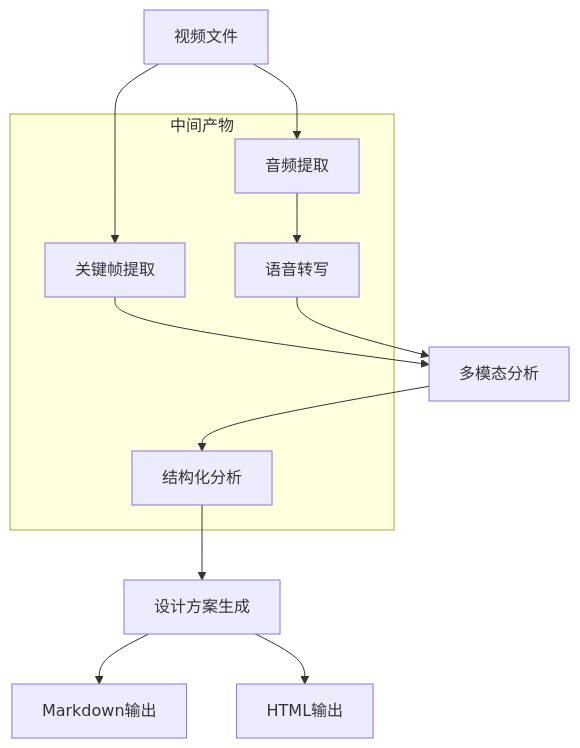
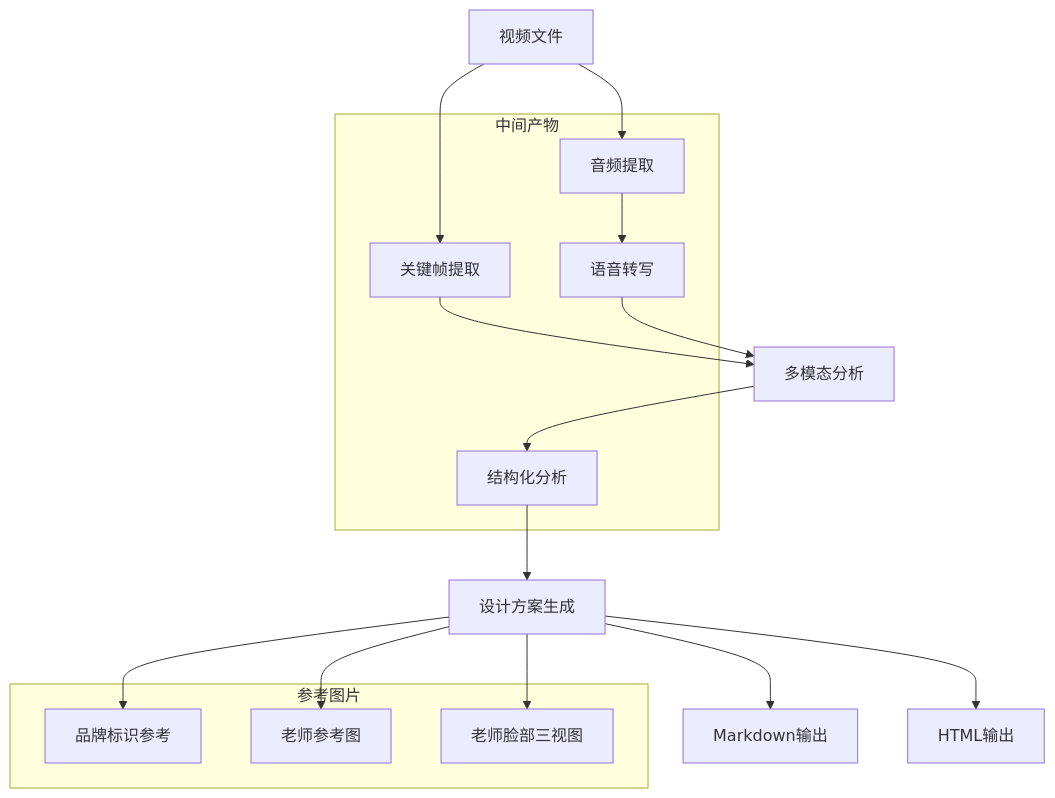
Before and after one commit to WongMingJiu/landingpage-test-hero-page: the third of 9 diagrams in .qoder/repowiki/zh/content/核心模块详解/方案生成模块.md, drawn with Mermaid. The commit also changed other lines of this file and 6 other files, not shown here.

````diff
--- a/.qoder/repowiki/zh/content/核心模块详解/方案生成模块.md
+++ b/.qoder/repowiki/zh/content/核心模块详解/方案生成模块.md
@@ -146,18 +165,26 @@
 ```mermaid
 flowchart TD
 Video[视频文件] --> Frames[关键帧提取]
 Video --> Audio[音频提取]
 Audio --> Transcript[语音转写]
 Frames --> MultiModal[多模态分析]
 Transcript --> MultiModal
 MultiModal --> Analysis[结构化分析]
 Analysis --> Design[设计方案生成]
 Design --> Markdown[Markdown输出]
 Design --> HTML[HTML输出]
 subgraph "中间产物"
 Frames
 Audio
 Transcript
 Analysis
 end
+subgraph "参考图片"
+BrandRef[品牌标识参考]
+TeacherRef[老师参考图]
+FaceRefs[老师脸部三视图]
+end
+Design --> BrandRef
+Design --> TeacherRef
+Design --> FaceRefs
 ```
````
